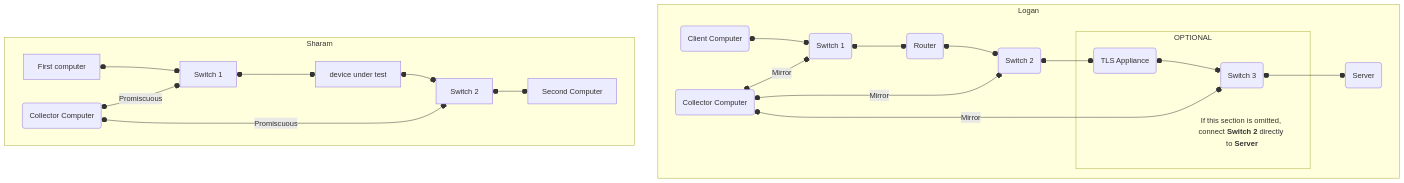
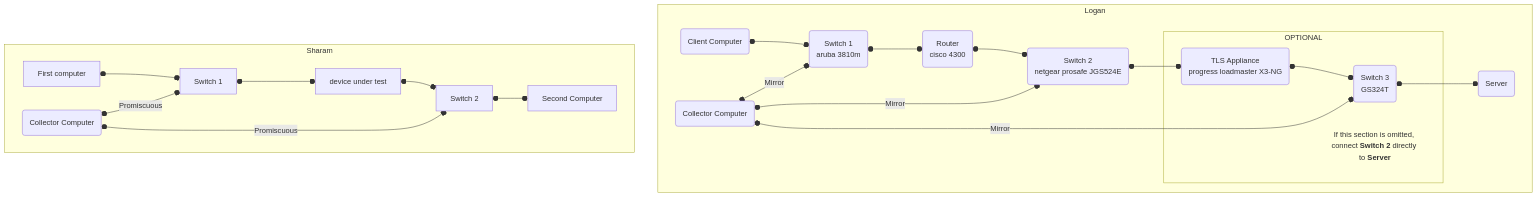
The diagram in README.md (illinoisrobert/illinoisrobert.github.io), drawn with Mermaid before and after one commit.

Commit message:
Update README.md
Update labels per 11/27 email from Logan to dmn

````diff
--- a/README.md
+++ b/README.md
@@ -3,28 +3,21 @@
 ```mermaid
 flowchart TD
   subgraph Logan
-        client o--o switch1 o--o router o--o switch2 o--o tls o--o switch3 o--o server
-        switch2("Switch 2")
-        switch1("Switch 1")
+        client o--o lswitch1 o--o lrouter o--o lswitch2 o--o tls o--o lswitch3 o--o server
+        lswitch2("Switch 2<br>netgear prosafe JGS524E")
+        lswitch1("Switch 1<br/>aruba 3810m")
     subgraph OPTIONAL
         explain@{shape: text, label: "If this section is omitted, connect **Switch 2** directly to **Server**"}
-        switch3("Switch 3")
-        tls("TLS Appliance")
+        lswitch3("Switch 3<br/>GS324T")
+        tls("TLS Appliance<br/>progress loadmaster X3-NG")
     end
         server("Server")
-        router("Router")
+        lrouter("Router<br/>cisco 4300")
         client("Client Computer")
-    collector("Collector Computer") o-- Mirror --o switch1 & switch2 & switch3   
+    collector("Collector Computer") o-- Mirror --o lswitch1 & lswitch2 & lswitch3   
   end
   subgraph Sharam
         computer1["First computer"] o--o sswitch1[Switch 1] o--o dut["device under test"] o--o sswitch2[Switch 2] o--o computer2["Second Computer"] 
-        switch3("Switch 3")
-        switch2("Switch 2")
-        switch1("Switch 1")
-        server("Server")
-        tls("TLS Appliance")
-        router("Router")
-        client("Client Computer")
     scollector("Collector Computer") o-- Promiscuous --o sswitch1 & sswitch2   
   end
 ```
````
